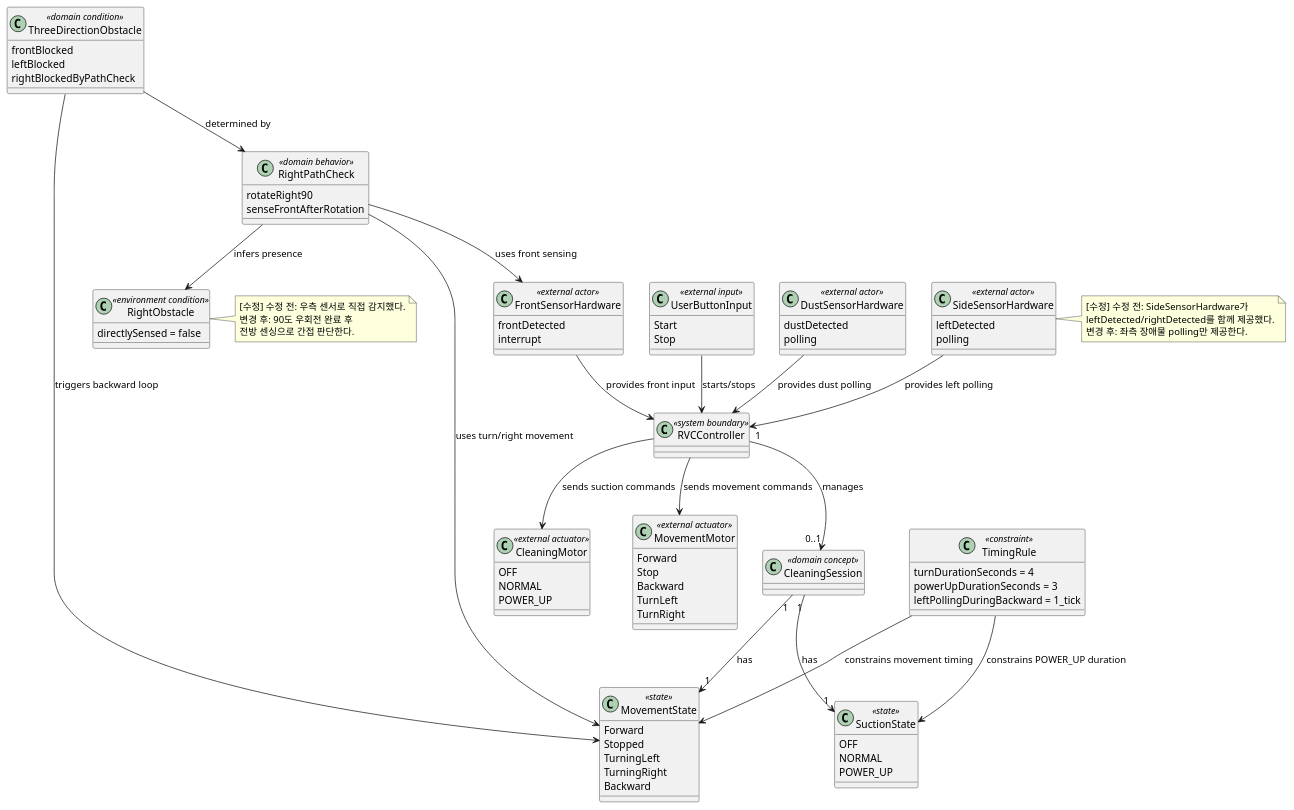
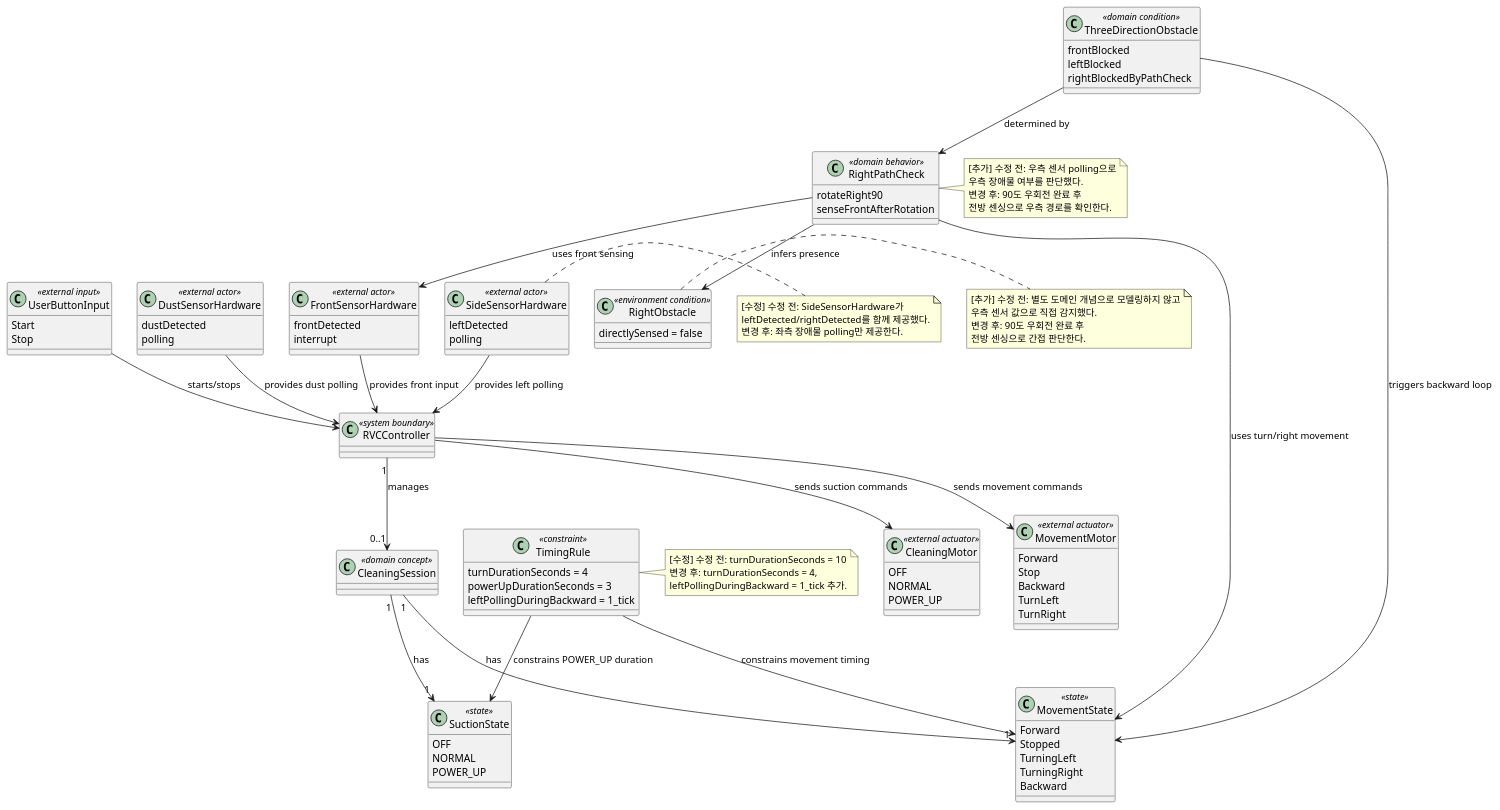
Before and after one commit to shsdbd/rvc-revision-test: the diagram in docs/analysis/domain-model.md, drawn with PlantUML. The commit also changed other lines of this file and 1 other file, not shown here.

````diff
--- a/docs/analysis/domain-model.md
+++ b/docs/analysis/domain-model.md
@@ -60,6 +62,7 @@
 
 class SideSensorHardware <<external actor>> {
   leftDetected
+  ' [삭제] 수정 전: rightDetected
   polling
 }
 
@@ -99,6 +102,7 @@
 
 class TimingRule <<constraint>> {
   turnDurationSeconds = 4
+  ' [수정] 수정 전: turnDurationSeconds = 10
   powerUpDurationSeconds = 3
   leftPollingDuringBackward = 1_tick
 }
@@ -129,9 +133,23 @@
 end note
 
 note right of RightObstacle
-[수정] 수정 전: 우측 센서로 직접 감지했다.
+[추가] 수정 전: 별도 도메인 개념으로 모델링하지 않고
+우측 센서 값으로 직접 감지했다.
 변경 후: 90도 우회전 완료 후
 전방 센싱으로 간접 판단한다.
 end note
+
+note right of RightPathCheck
+[추가] 수정 전: 우측 센서 polling으로
+우측 장애물 여부를 판단했다.
+변경 후: 90도 우회전 완료 후
+전방 센싱으로 우측 경로를 확인한다.
+end note
+
+note right of TimingRule
+[수정] 수정 전: turnDurationSeconds = 10
+변경 후: turnDurationSeconds = 4,
+leftPollingDuringBackward = 1_tick 추가.
+end note
 @enduml
 ```
````
